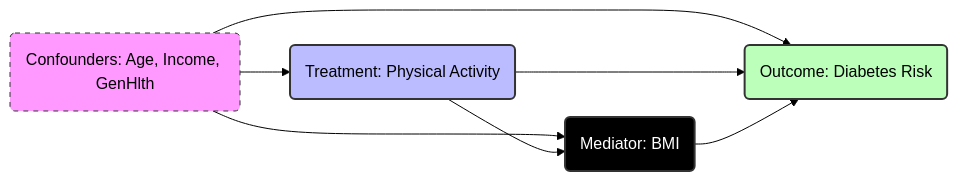
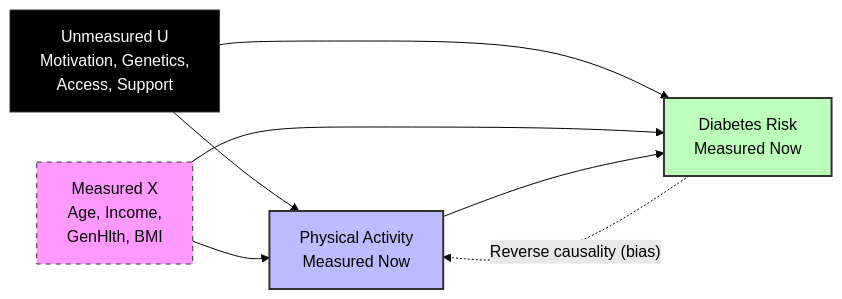
One commit to gpsaggese/gpsaggese.github.io changed the second of 2 diagrams in class_project/MSML610/Fall2025/Projects/TutorTask35_Fall2025_CausalML_Measuring_the_Impact_of_Lifestyle_Programs_on_Diabetes_Outcomes/CausalML.example.md. Above: the diagram before and after it, drawn with Mermaid (forest theme). The commit also changed other lines of this file and 1 other file, not shown here.

First line of the commit message:
Updated CausalML.example.md and CausalML.example.ipynb

`````diff
--- a/class_project/MSML610/Fall2025/Projects/TutorTask35_Fall2025_CausalML_Measuring_the_Impact_of_Lifestyle_Programs_on_Diabetes_Outcomes/CausalML.example.md
+++ b/class_project/MSML610/Fall2025/Projects/TutorTask35_Fall2025_CausalML_Measuring_the_Impact_of_Lifestyle_Programs_on_Diabetes_Outcomes/CausalML.example.md
@@ -30,24 +62,21 @@
 ```mermaid
+%% DAG 2: Actual Cross-Sectional Reality (What We Have)
 graph LR
-    %% Nodes
-    T(Treatment: Physical Activity)
-    Y(Outcome: Diabetes Risk)
-    X(Confounders: Age, Income, GenHlth)
-    M(Mediator: BMI)
+    U[Unmeasured U<br/>Motivation, Genetics,<br/>Access, Support]
+    X[Measured X<br/>Age, Income,<br/>GenHlth, BMI]
+    T[Physical Activity<br/>Measured Now]
+    Y[Diabetes Risk<br/>Measured Now]
 
-    %% Edges - Confounding (The Backdoor Paths)
+    U --> T
+    U --> Y
     X --> T
     X --> Y
-    X --> M
 
-    %% Edges - Causal Paths
     T --> Y
-    T --> M
-    M --> Y
+    Y -. Reverse causality (bias) .-> T
 
-    %% Style
+    style U fill:#000,stroke:#333,color:#fff
+    style X fill:#f9f,stroke:#333,stroke-dasharray: 5 5,color:#000
     style T fill:#bbf,stroke:#333,stroke-width:2px,color:#000
     style Y fill:#bfb,stroke:#333,stroke-width:2px,color:#000
-    style X fill:#f9f,stroke:#333,stroke-dasharray: 5 5,color:#000
-    style M fill:#000,stroke:#333,stroke-width:2px,color:#fff
-````
+```
`````
